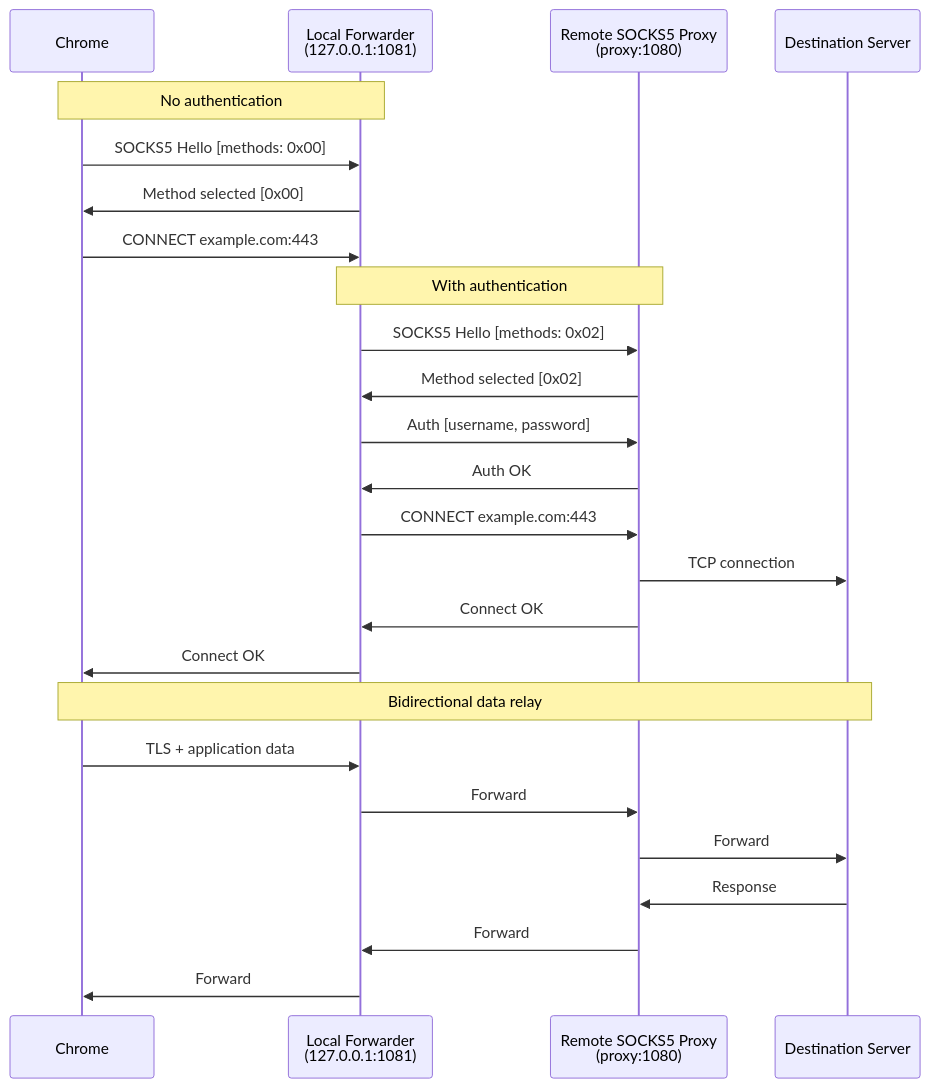
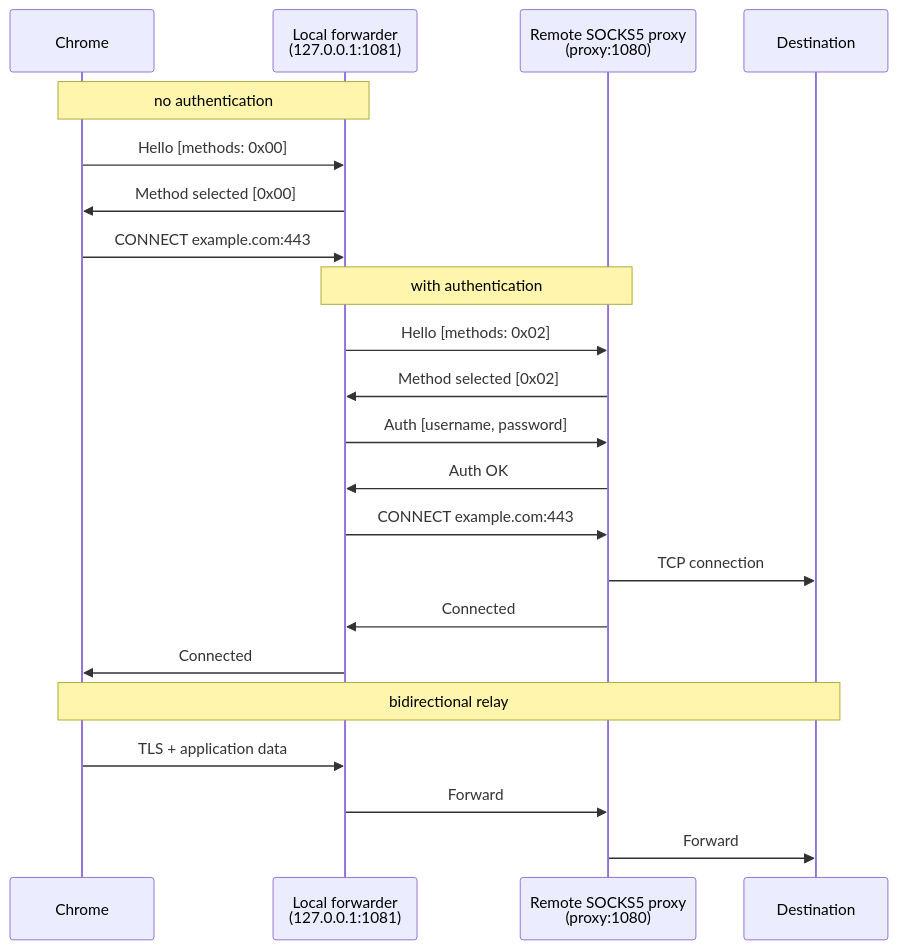
Before and after one commit to autoscrape-labs/pydoll: the second of 2 diagrams in docs/en/deep-dive/network/socks-proxies.md, drawn with Mermaid. The commit also changed other lines of this file and 120 other files, not shown here.

````diff
--- a/docs/en/deep-dive/network/socks-proxies.md
+++ b/docs/en/deep-dive/network/socks-proxies.md
@@ -243,31 +197,27 @@
 ```mermaid
 sequenceDiagram
     participant Chrome
-    participant Forwarder as Local Forwarder<br/>(127.0.0.1:1081)
-    participant Remote as Remote SOCKS5 Proxy<br/>(proxy:1080)
-    participant Server as Destination Server
+    participant Forwarder as Local forwarder<br/>(127.0.0.1:1081)
+    participant Remote as Remote SOCKS5 proxy<br/>(proxy:1080)
+    participant Server as Destination
 
-    Note over Chrome,Forwarder: No authentication
-    Chrome->>Forwarder: SOCKS5 Hello [methods: 0x00]
+    Note over Chrome,Forwarder: no authentication
+    Chrome->>Forwarder: Hello [methods: 0x00]
     Forwarder->>Chrome: Method selected [0x00]
     Chrome->>Forwarder: CONNECT example.com:443
 
-    Note over Forwarder,Remote: With authentication
-    Forwarder->>Remote: SOCKS5 Hello [methods: 0x02]
+    Note over Forwarder,Remote: with authentication
+    Forwarder->>Remote: Hello [methods: 0x02]
     Remote->>Forwarder: Method selected [0x02]
     Forwarder->>Remote: Auth [username, password]
     Remote->>Forwarder: Auth OK
     Forwarder->>Remote: CONNECT example.com:443
     Remote->>Server: TCP connection
-    Remote->>Forwarder: Connect OK
+    Remote->>Forwarder: Connected
+    Forwarder->>Chrome: Connected
 
-    Forwarder->>Chrome: Connect OK
-
-    Note over Chrome,Server: Bidirectional data relay
+    Note over Chrome,Server: bidirectional relay
     Chrome->>Forwarder: TLS + application data
     Forwarder->>Remote: Forward
     Remote->>Server: Forward
-    Server->>Remote: Response
-    Remote->>Forwarder: Forward
-    Forwarder->>Chrome: Forward
 ```
````
